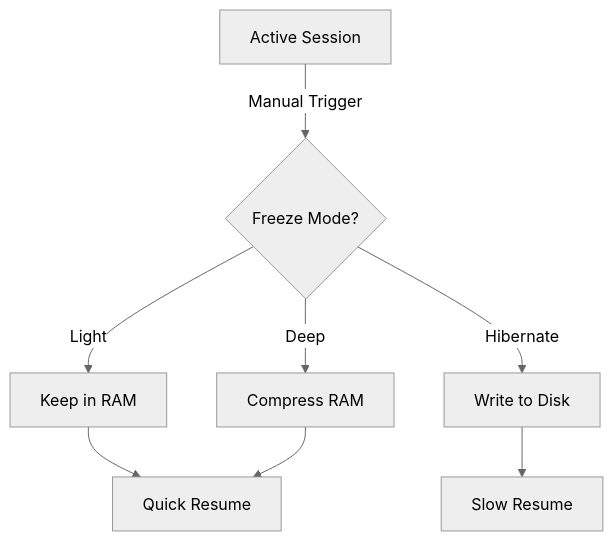
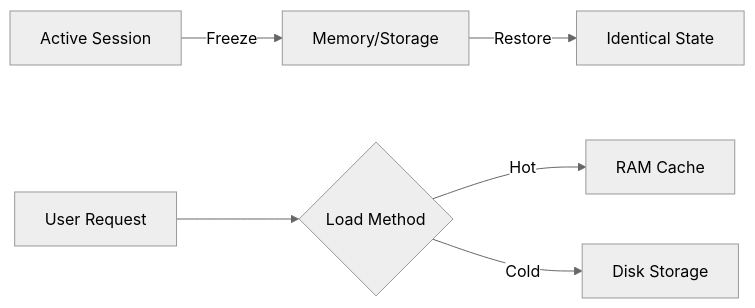
Before and after one commit to ayni-collective/docs: the diagram in src/1-principles/instant-context-switching.md, drawn with Mermaid (neutral theme). The commit also changed other lines of this file and 7 other files, not shown here.

````diff
--- a/src/1-principles/instant-context-switching.md
+++ b/src/1-principles/instant-context-switching.md
@@ -71,10 +27,8 @@
 ```mermaid
-graph TB
-    A[Active Session] -->|Manual Trigger| B{Freeze Mode?}
-    B -->|Light| C[Keep in RAM]
-    B -->|Deep| D[Compress RAM]
-    B -->|Hibernate| E[Write to Disk]
-    C --> F[Quick Resume]
-    D --> F
-    E --> G[Slow Resume]
+graph LR
+    A[Active Session] -->|Freeze| B[Memory/Storage]
+    B -->|Restore| C[Identical State]
+    D[User Request] --> E{Load Method}
+    E -->|Hot| F[RAM Cache]
+    E -->|Cold| G[Disk Storage]
 ```
````
